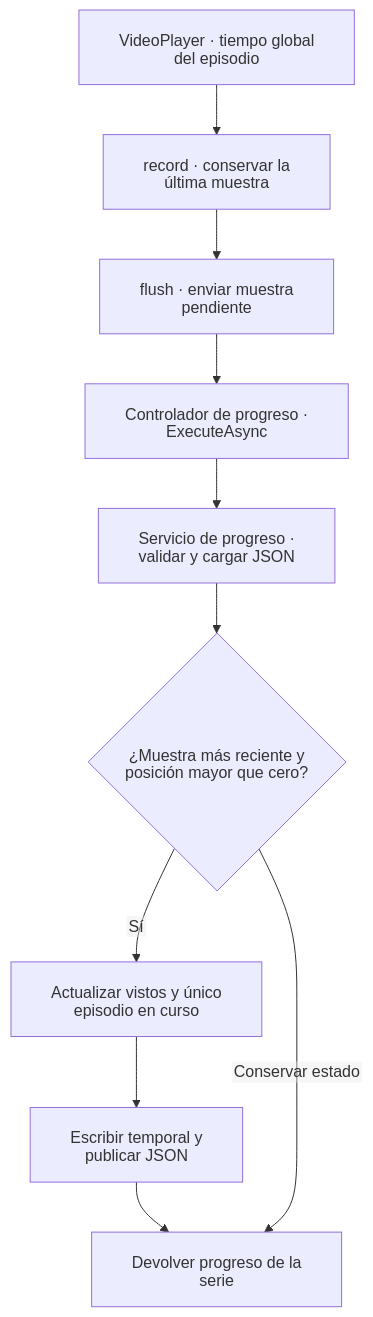
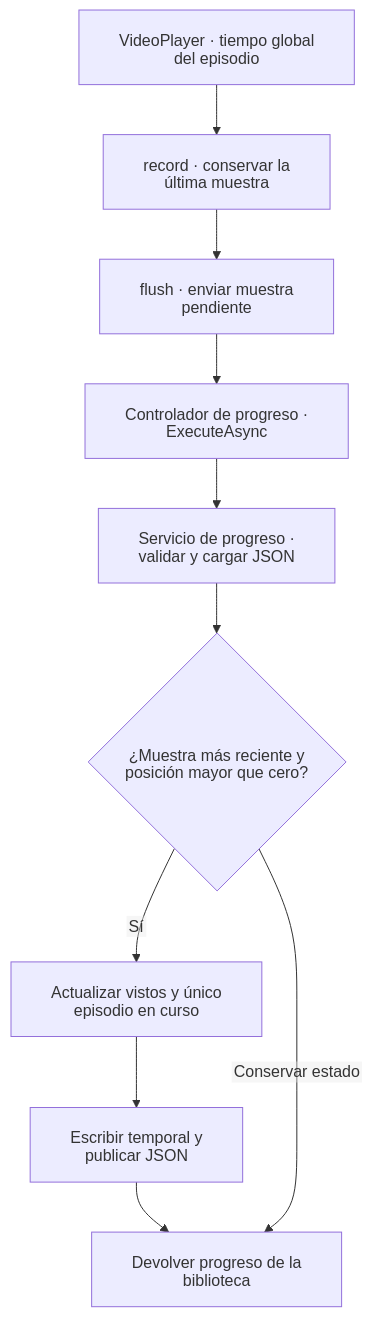
One commit to DavidSarabia06/HuexMediaApp changed the diagram in documentacion/docs/sistemas/progreso-reproduccion/README.md. Above: the diagram before and after it, drawn with Mermaid. The commit also changed other lines of this file and 49 other files, not shown here.

````diff
--- a/documentacion/docs/sistemas/progreso-reproduccion/README.md
+++ b/documentacion/docs/sistemas/progreso-reproduccion/README.md
@@ -9,19 +9,19 @@
 ```mermaid
 ---
 config:
   htmlLabels: false
   flowchart:
     useMaxWidth: true
     padding: 20
 ---
 flowchart TD
     A["VideoPlayer · tiempo global<br/>del episodio"] --> B["record · conservar la<br/>última muestra"]
     B --> C["flush · enviar muestra<br/>pendiente"]
     C --> D["Controlador de progreso ·<br/>ExecuteAsync"]
     D --> E["Servicio de progreso ·<br/>validar y cargar JSON"]
     E --> F{"¿Muestra más reciente y<br/>posición mayor que cero?"}
     F -->|Sí| G["Actualizar vistos y único<br/>episodio en curso"]
     G --> H["Escribir temporal y<br/>publicar JSON"]
-    H --> I["Devolver progreso de la<br/>serie"]
+    H --> I["Devolver progreso de la<br/>biblioteca"]
     F -->|Conservar estado| I
 ```
````
